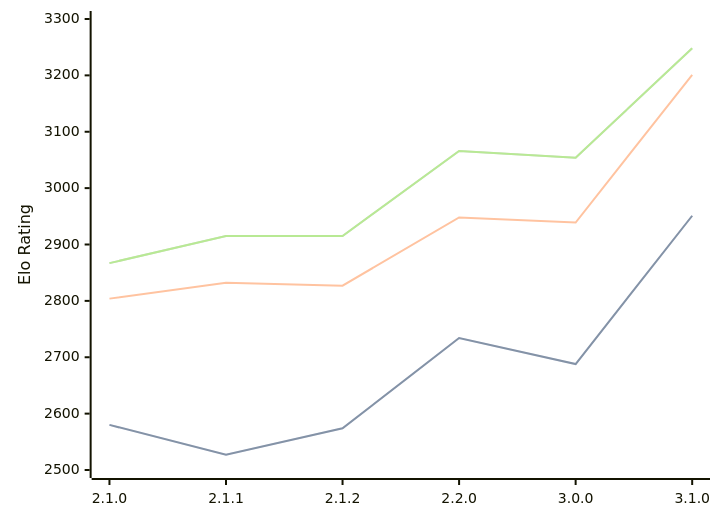
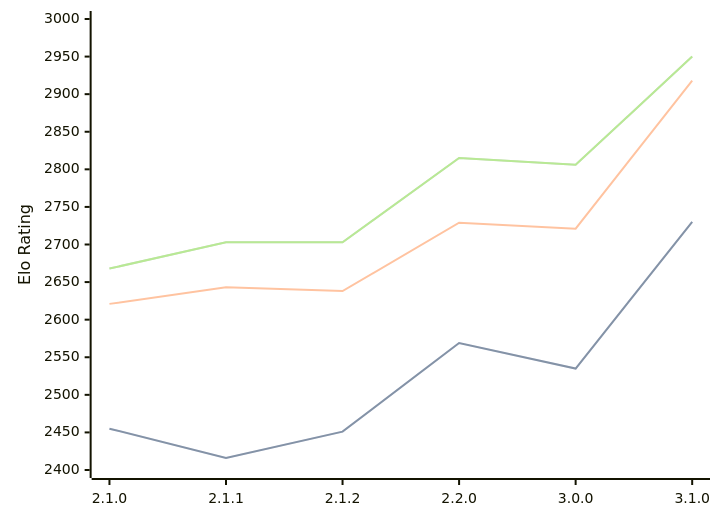
One commit to computer-chess-index/cci changed the diagram in engines/Prune.md. Above: the diagram before and after it, drawn with Mermaid. The commit also changed other lines of this file, not shown here.

Commit message:
Update CCI Ratings (ELO VLTC) - 2026-02-23

````diff
--- a/engines/Prune.md
+++ b/engines/Prune.md
@@ -37,11 +38,11 @@
 ```mermaid
 %%{init: {"theme":"base","themeVariables":{"seriesColors:['#a3a3a3','#222221','#faa371']}}}%%
 xychart-beta
   x-axis ["2.1.0", "2.1.1", "2.1.2", "2.2.0", "3.0.0", "3.1.0"]
-  y-axis "Elo Rating" 2500 --> 3300
-  line "STC (8.0+0.08s)" [2580, 2527, 2574, 2734, 2688, 2951]
-  line "STC (8.0+0.08s)" [2580, 2527, 2574, 2734, 2688, 2951]
-  line "LTC (60.0+0.60s)" [2804, 2832, 2827, 2948, 2939, 3201]
-  line "VLTC (2m24s+1.12s)" [2867, 2915, 2915, 3066, 3054, 3248]
-  line "VLTC (2m24s+1.12s)" [2867, 2915, 2915, 3066, 3054, 3248]
+  y-axis "Elo Rating" 2400 --> 3000
+  line "STC (8.0+0.08s)" [2455, 2416, 2451, 2569, 2535, 2730]
+  line "STC (8.0+0.08s)" [2455, 2416, 2451, 2569, 2535, 2730]
+  line "LTC (60.0+0.60s)" [2621, 2643, 2638, 2729, 2721, 2918]
+  line "VLTC (2m24s+1.12s)" [2668, 2703, 2703, 2815, 2806, 2950]
+  line "VLTC (2m24s+1.12s)" [2668, 2703, 2703, 2815, 2806, 2950]
 ```
````
